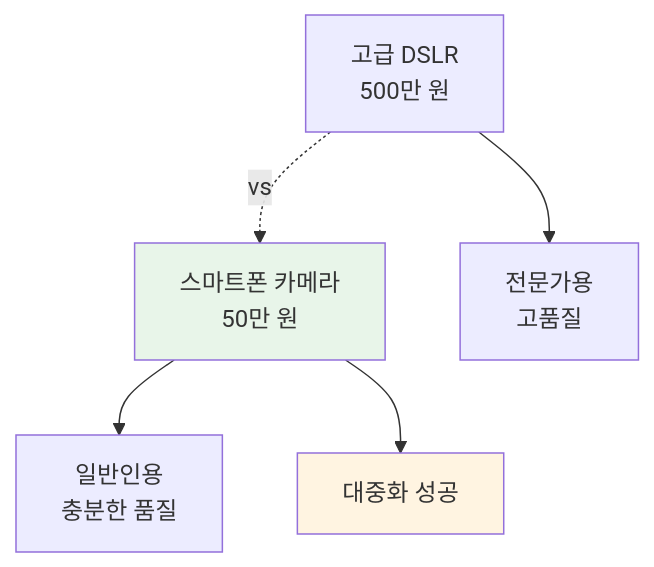
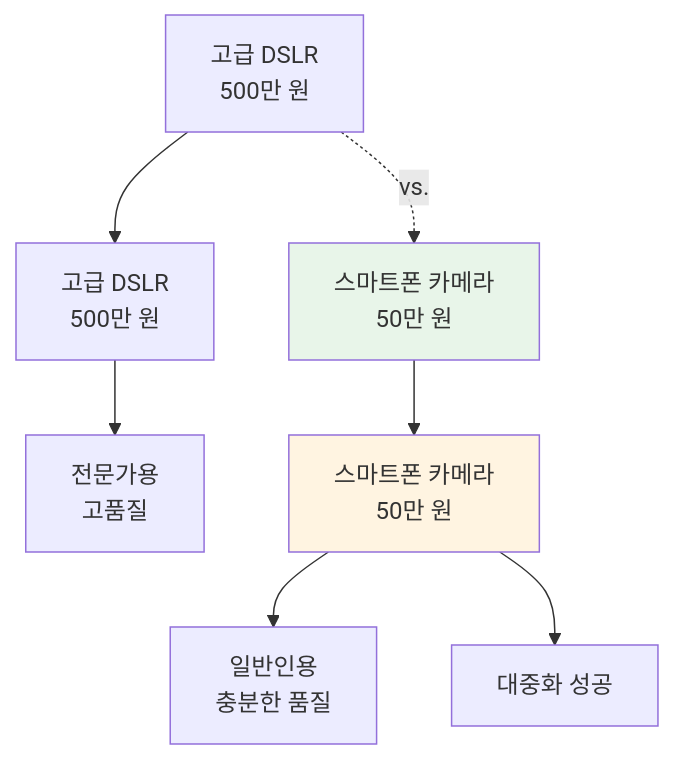
One commit to moobaek/Testing_AI_agents_for_public_use changed the seventh of 11 diagrams in portfolio/Executive_Summary/03_Technology_Simplified.md. Above: the diagram before and after it, drawn with Mermaid. The commit also changed other lines of this file and 14 other files, not shown here.

First line of the commit message:
fix: standardize Mermaid syntax for Obsidian compatibility across all portfolio documents

````diff
--- a/portfolio/Executive_Summary/03_Technology_Simplified.md
+++ b/portfolio/Executive_Summary/03_Technology_Simplified.md
@@ -228,12 +228,12 @@
 ```mermaid
 graph TB
-    A[고급 DSLR<br/>500만 원] -.vs.-> B[스마트폰 카메라<br/>50만 원]
+    A["고급 DSLR<br/>500만 원"] -. "vs." .-> B["스마트폰 카메라<br/>50만 원"]
     
-    A --> C[전문가용<br/>고품질]
-    B --> D[일반인용<br/>충분한 품질]
+    A --> C["고급 DSLR<br/>500만 원"] --> D["전문가용<br/>고품질"]
+    B --> E["스마트폰 카메라<br/>50만 원"] --> F["일반인용<br/>충분한 품질"]
     
-    B --> E[대중화 성공]
+    E --> G["대중화 성공"]
     
     style B fill:#e8f5e9
     style E fill:#fff4e1
 ```
````
